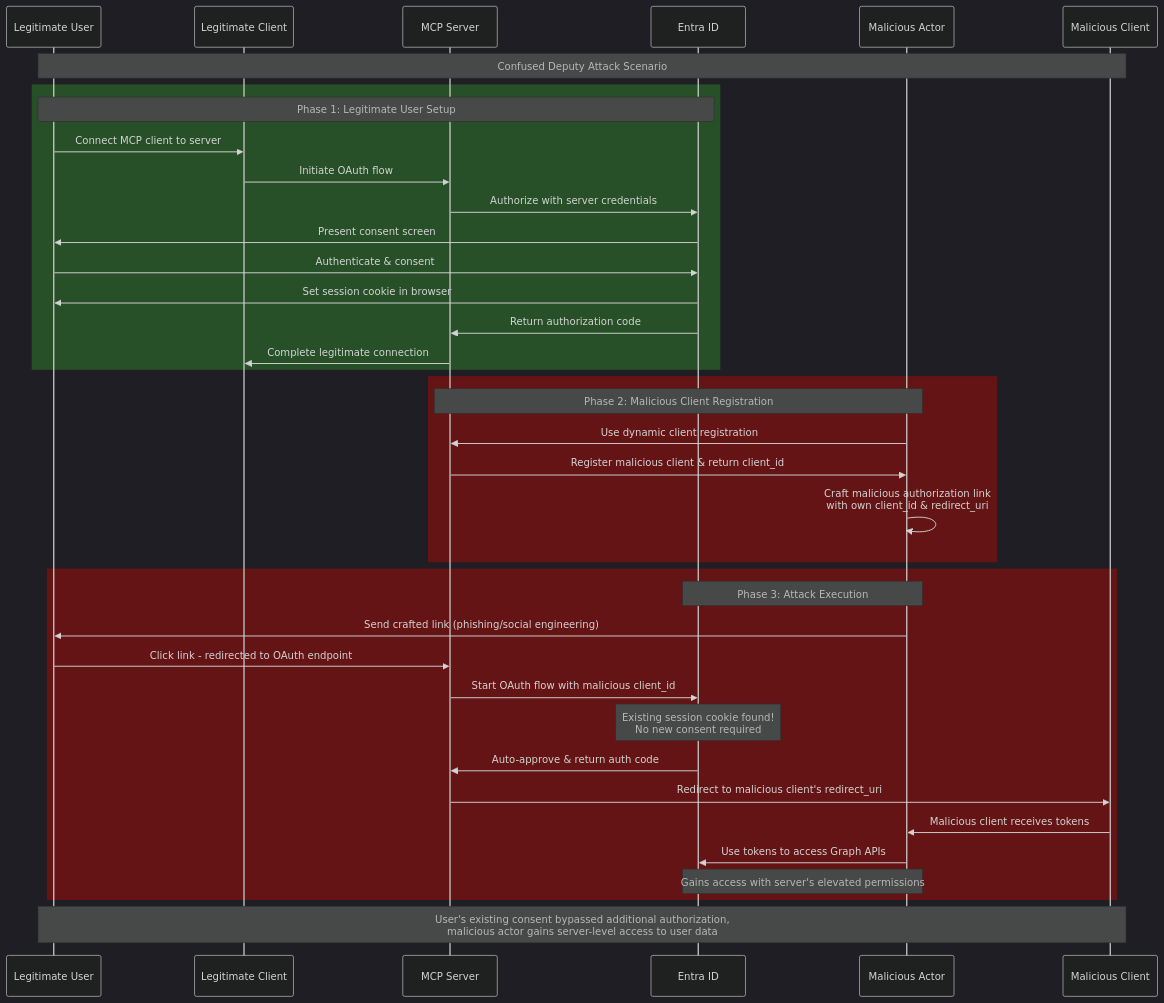
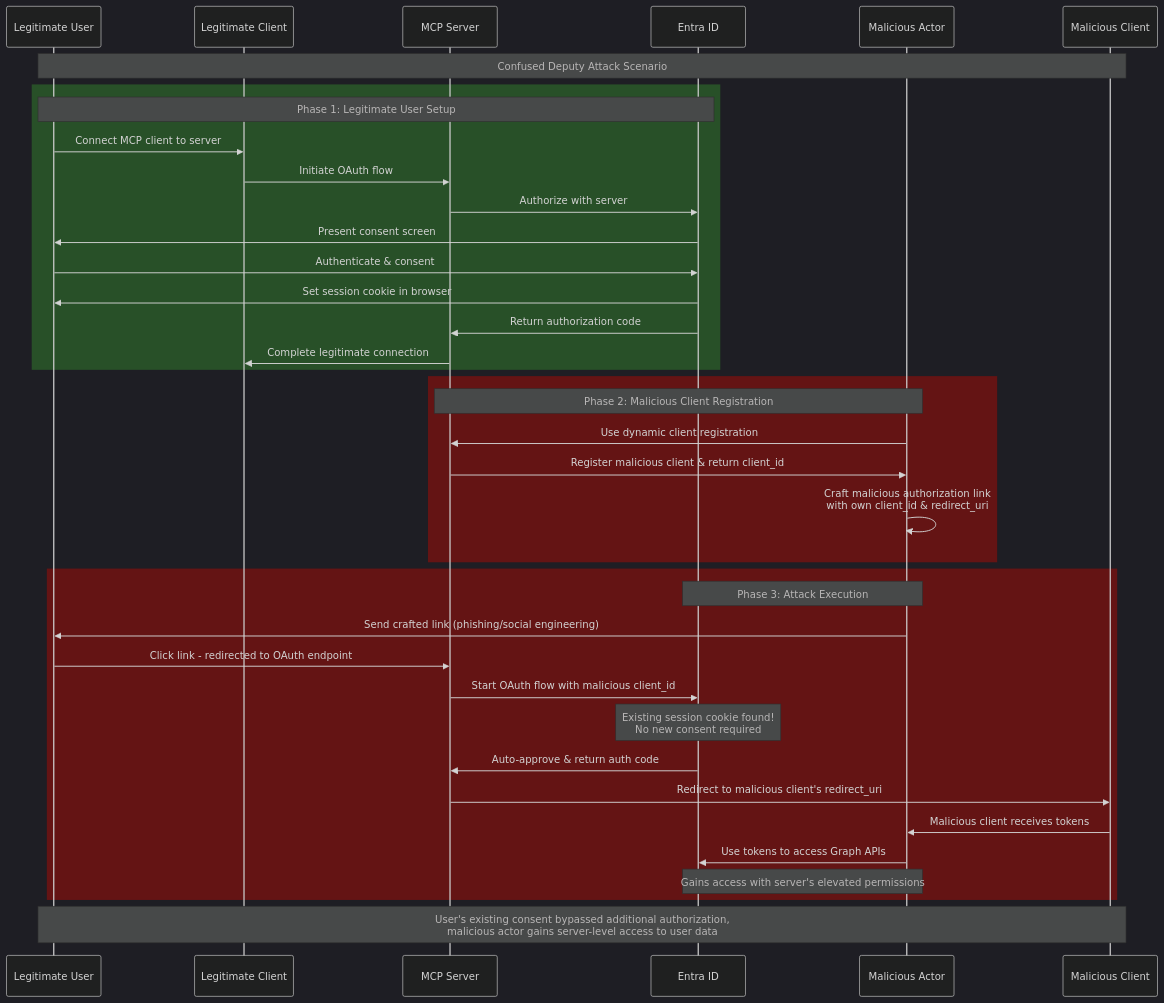
Before and after one commit to sean-tate/fastmcp-python-oauth2-with-entra-id: the diagram in README.md, drawn with Mermaid. The commit also changed other lines of this file, not shown here.

Commit message:
Readme updates per PR feedback.

````diff
--- a/README.md
+++ b/README.md
@@ -101,49 +101,49 @@
 ```mermaid
 %%{init: {'theme':'dark'}}%%
 sequenceDiagram
     participant U as Legitimate User
     participant LC as Legitimate Client
     participant MS as MCP Server
     participant EA as Entra ID
     participant MA as Malicious Actor
     participant MC as Malicious Client
 
     Note over U,MC: Confused Deputy Attack Scenario
 
     %% Step 1: Legitimate user setup
     rect rgb(40, 80, 40)
         Note over U,EA: Phase 1: Legitimate User Setup
         U->>LC: Connect MCP client to server
         LC->>MS: Initiate OAuth flow
-        MS->>EA: Authorize with server credentials
+        MS->>EA: Authorize with server
         EA->>U: Present consent screen
         U->>EA: Authenticate & consent
         EA->>U: Set session cookie in browser
         EA->>MS: Return authorization code
         MS->>LC: Complete legitimate connection
     end
 
     %% Step 2: Malicious actor preparation
     rect rgb(100, 20, 20)
         Note over MA,MS: Phase 2: Malicious Client Registration
         MA->>MS: Use dynamic client registration
         MS->>MA: Register malicious client & return client_id
         MA->>MA: Craft malicious authorization link<br/>with own client_id & redirect_uri
     end
 
     %% Step 3: Attack execution
     rect rgb(100, 20, 20)
         Note over MA,EA: Phase 3: Attack Execution
         MA->>U: Send crafted link (phishing/social engineering)
         U->>MS: Click link - redirected to OAuth endpoint
         MS->>EA: Start OAuth flow with malicious client_id
         Note over EA: Existing session cookie found!<br/>No new consent required
         EA->>MS: Auto-approve & return auth code
         MS->>MC: Redirect to malicious client's redirect_uri
         MC->>MA: Malicious client receives tokens
         MA->>EA: Use tokens to access Graph APIs
         Note over MA,EA: Gains access with server's elevated permissions
     end
     
     Note over U,MC: User's existing consent bypassed additional authorization,<br/>malicious actor gains server-level access to user data
 ```
````
